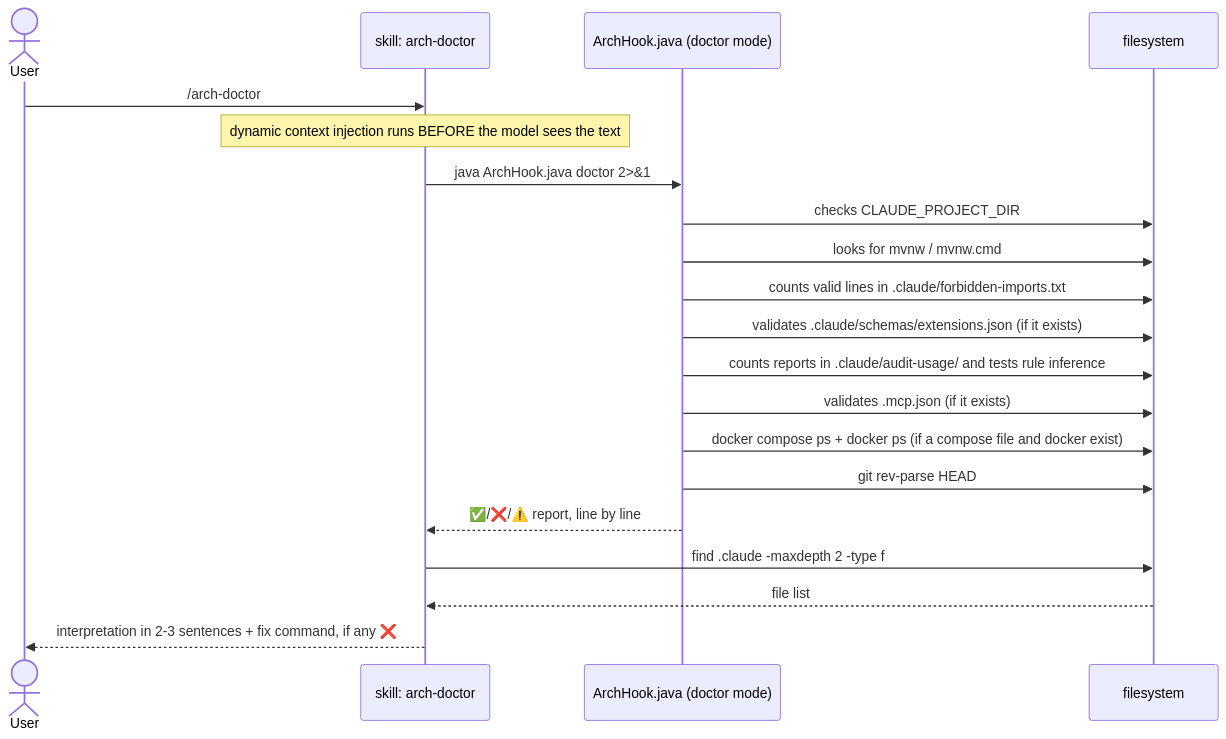
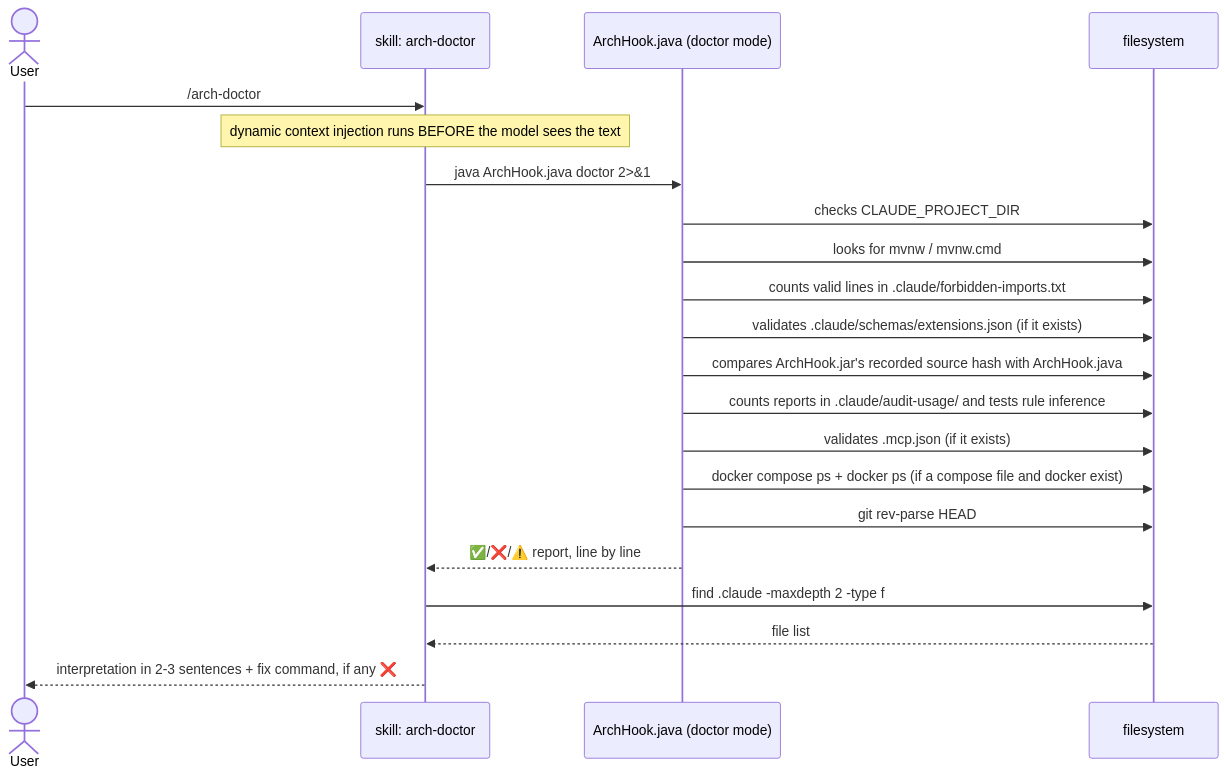
Before and after one commit to ice-lfernandes/claude-spring-architect: the diagram in docs/en/04-arch-doctor.md, drawn with Mermaid. The commit also changed other lines of this file and 29 other files, not shown here.

````diff
--- a/docs/en/04-arch-doctor.md
+++ b/docs/en/04-arch-doctor.md
@@ -37,23 +37,24 @@
 ```mermaid
 sequenceDiagram
     actor U as User
     participant CMD as skill: arch-doctor
     participant HOOK as ArchHook.java (doctor mode)
     participant FS as filesystem
 
     U->>CMD: /arch-doctor
     Note over CMD: dynamic context injection runs BEFORE the model sees the text
     CMD->>HOOK: java ArchHook.java doctor 2>&1
     HOOK->>FS: checks CLAUDE_PROJECT_DIR
     HOOK->>FS: looks for mvnw / mvnw.cmd
     HOOK->>FS: counts valid lines in .claude/forbidden-imports.txt
     HOOK->>FS: validates .claude/schemas/extensions.json (if it exists)
+    HOOK->>FS: compares ArchHook.jar's recorded source hash with ArchHook.java
     HOOK->>FS: counts reports in .claude/audit-usage/ and tests rule inference
     HOOK->>FS: validates .mcp.json (if it exists)
     HOOK->>FS: docker compose ps + docker ps (if a compose file and docker exist)
     HOOK->>FS: git rev-parse HEAD
     HOOK-->>CMD: ✅/❌/⚠️ report, line by line
     CMD->>FS: find .claude -maxdepth 2 -type f
     FS-->>CMD: file list
     CMD-->>U: interpretation in 2-3 sentences + fix command, if any ❌
 ```
````
